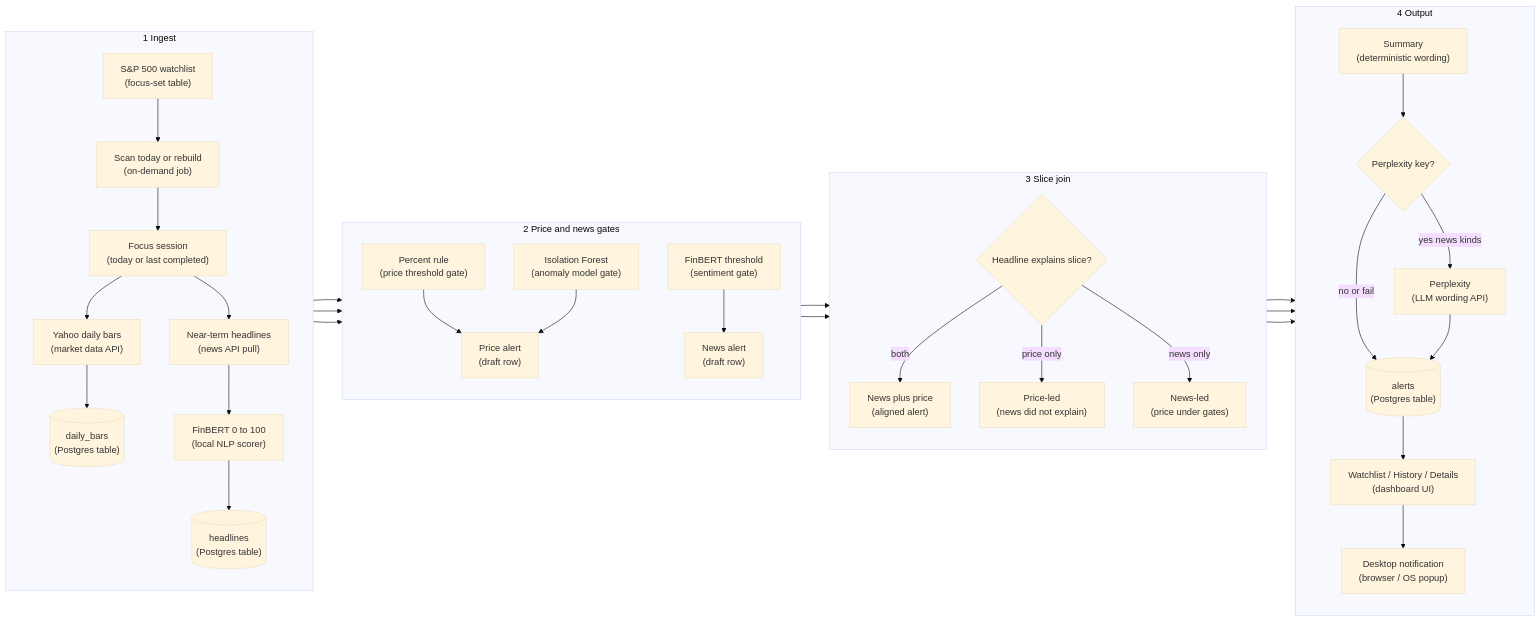
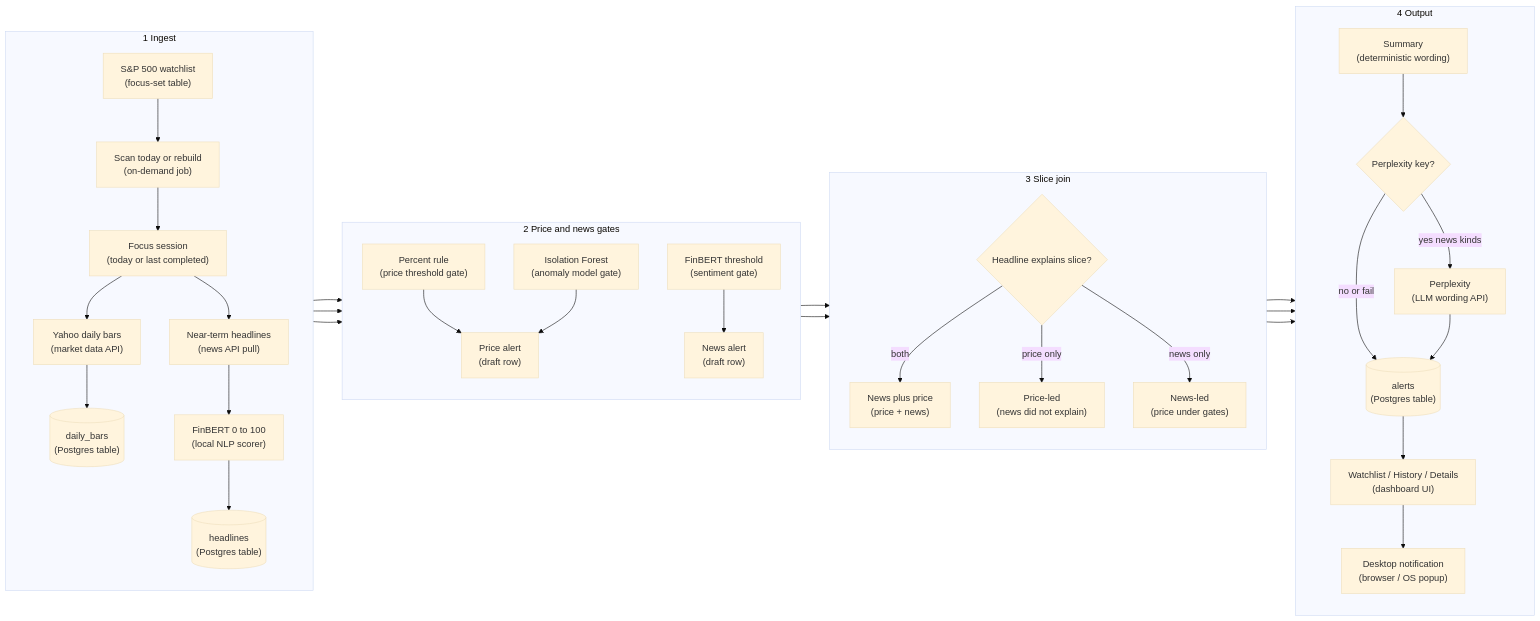
The third of 11 diagrams in docs/architecture.md (sameerde4/ticker-alert-system), drawn with Mermaid (base theme) before and after one commit. The commit also changed other lines of this file and 4 other files, not shown here.

First line of the commit message:
Document Alert history, climate join, and What happened flow.

````diff
--- a/docs/architecture.md
+++ b/docs/architecture.md
@@ -246,45 +252,45 @@
 ```mermaid
 flowchart LR
     subgraph ingest [1 Ingest]
         direction TB
         WL["S&P 500 watchlist<br/>(focus-set table)"] --> RUN["Scan today or rebuild<br/>(on-demand job)"]
         RUN --> FOCUS["Focus session<br/>(today or last completed)"]
         FOCUS --> PX["Yahoo daily bars<br/>(market data API)"]
         FOCUS --> NW["Near-term headlines<br/>(news API pull)"]
         PX --> BARS[("daily_bars<br/>(Postgres table)")]
         NW --> SCORE["FinBERT 0 to 100<br/>(local NLP scorer)"]
         SCORE --> NEWS[("headlines<br/>(Postgres table)")]
     end
 
     subgraph gates [2 Price and news gates]
         direction TB
         BARS --> PCT["Percent rule<br/>(price threshold gate)"]
         BARS --> IF["Isolation Forest<br/>(anomaly model gate)"]
         PCT --> PA["Price alert<br/>(draft row)"]
         IF --> PA
         NEWS --> NA["FinBERT threshold<br/>(sentiment gate)"]
         NA --> NEWSALERT["News alert<br/>(draft row)"]
     end
 
     subgraph join [3 Slice join]
         direction TB
         PA --> ONE{Headline explains slice?}
         NEWSALERT --> ONE
-        ONE -->|both| FA["News plus price<br/>(aligned alert)"]
+        ONE -->|both| FA["News plus price<br/>(price + news)"]
         ONE -->|price only| PA2["Price-led<br/>(news did not explain)"]
         ONE -->|news only| NA2["News-led<br/>(price under gates)"]
     end
 
     subgraph out [4 Output]
         direction TB
         FA --> RULE["Summary<br/>(deterministic wording)"]
         PA2 --> RULE
         NA2 --> RULE
         RULE --> KEY{Perplexity key?}
         KEY -->|yes news kinds| PPLX["Perplexity<br/>(LLM wording API)"]
         KEY -->|no or fail| ALERTS[("alerts<br/>(Postgres table)")]
         PPLX --> ALERTS
         ALERTS --> UI["Watchlist / History / Details<br/>(dashboard UI)"]
         UI --> NOTE["Desktop notification<br/>(browser / OS popup)"]
     end
 ```
````
